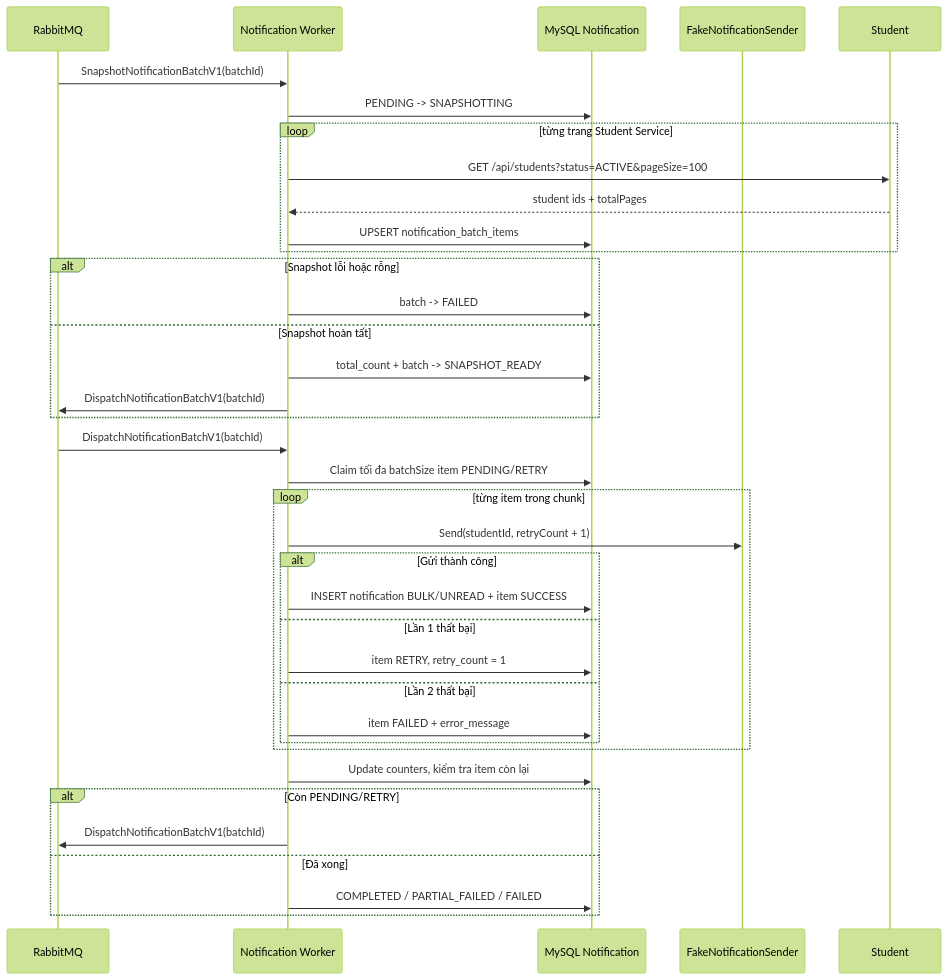
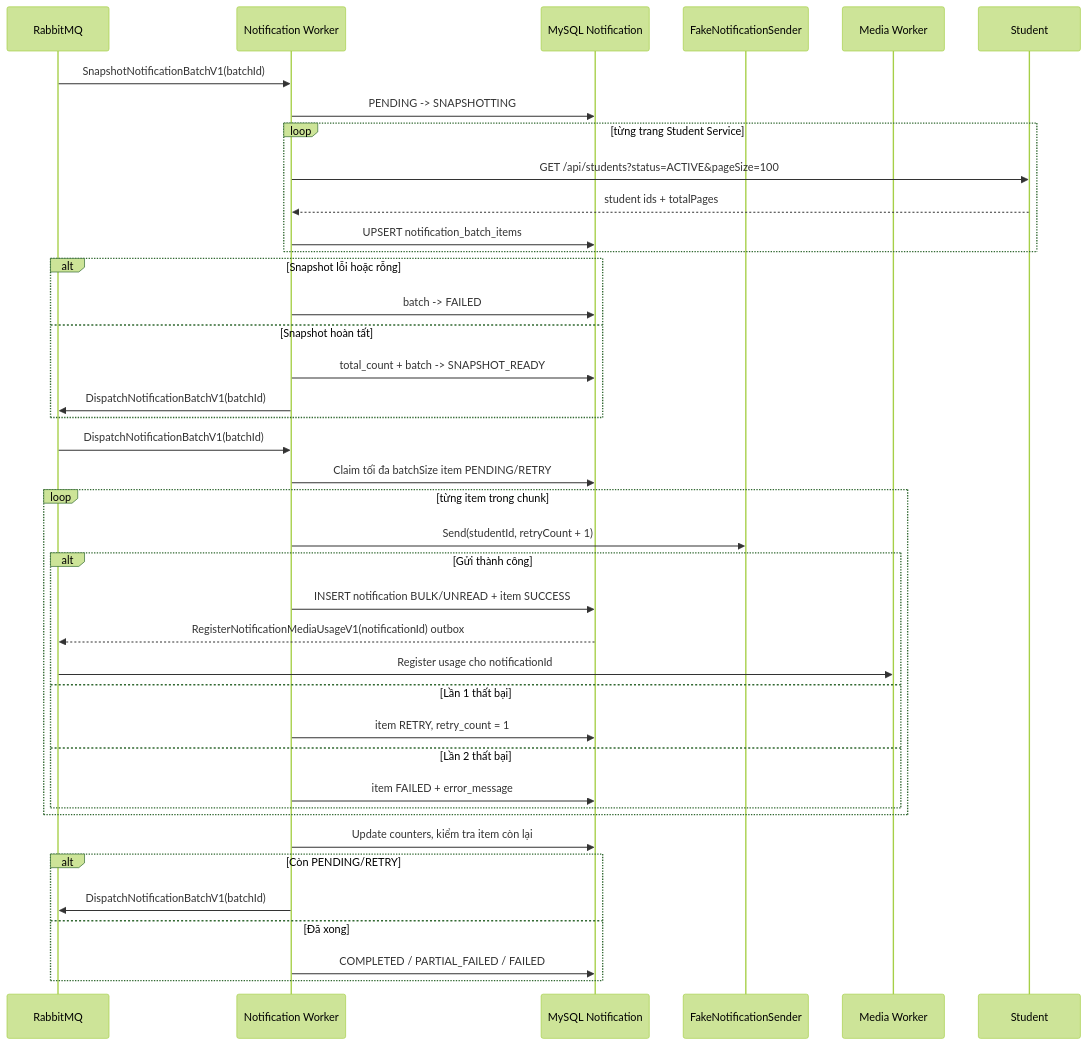
One commit to Minhduc7904/MiniProjectTrainingKaopiz changed the third of 3 diagrams in ducnm3/docs/business-flows/notifications/bulk-notification.md. Above: the diagram before and after it, drawn with Mermaid (forest theme). The commit also changed other lines of this file and 48 other files, not shown here.

````diff
--- a/ducnm3/docs/business-flows/notifications/bulk-notification.md
+++ b/ducnm3/docs/business-flows/notifications/bulk-notification.md
@@ -59,39 +59,43 @@
 ```mermaid
 sequenceDiagram
     participant Bus as RabbitMQ
     participant Worker as Notification Worker
     participant DB as MySQL Notification
     participant Sender as FakeNotificationSender
+    participant Bus as RabbitMQ
+    participant Media as Media Worker
 
     Bus->>Worker: SnapshotNotificationBatchV1(batchId)
     Worker->>DB: PENDING -> SNAPSHOTTING
     loop từng trang Student Service
         Worker->>Student: GET /api/students?status=ACTIVE&pageSize=100
         Student-->>Worker: student ids + totalPages
         Worker->>DB: UPSERT notification_batch_items
     end
     alt Snapshot lỗi hoặc rỗng
         Worker->>DB: batch -> FAILED
     else Snapshot hoàn tất
         Worker->>DB: total_count + batch -> SNAPSHOT_READY
         Worker->>Bus: DispatchNotificationBatchV1(batchId)
     end
     Bus->>Worker: DispatchNotificationBatchV1(batchId)
     Worker->>DB: Claim tối đa batchSize item PENDING/RETRY
     loop từng item trong chunk
         Worker->>Sender: Send(studentId, retryCount + 1)
         alt Gửi thành công
             Worker->>DB: INSERT notification BULK/UNREAD + item SUCCESS
+            DB-->>Bus: RegisterNotificationMediaUsageV1(notificationId) outbox
+            Bus->>Media: Register usage cho notificationId
         else Lần 1 thất bại
             Worker->>DB: item RETRY, retry_count = 1
         else Lần 2 thất bại
             Worker->>DB: item FAILED + error_message
         end
     end
     Worker->>DB: Update counters, kiểm tra item còn lại
     alt Còn PENDING/RETRY
         Worker->>Bus: DispatchNotificationBatchV1(batchId)
     else Đã xong
         Worker->>DB: COMPLETED / PARTIAL_FAILED / FAILED
     end
 ```
````
